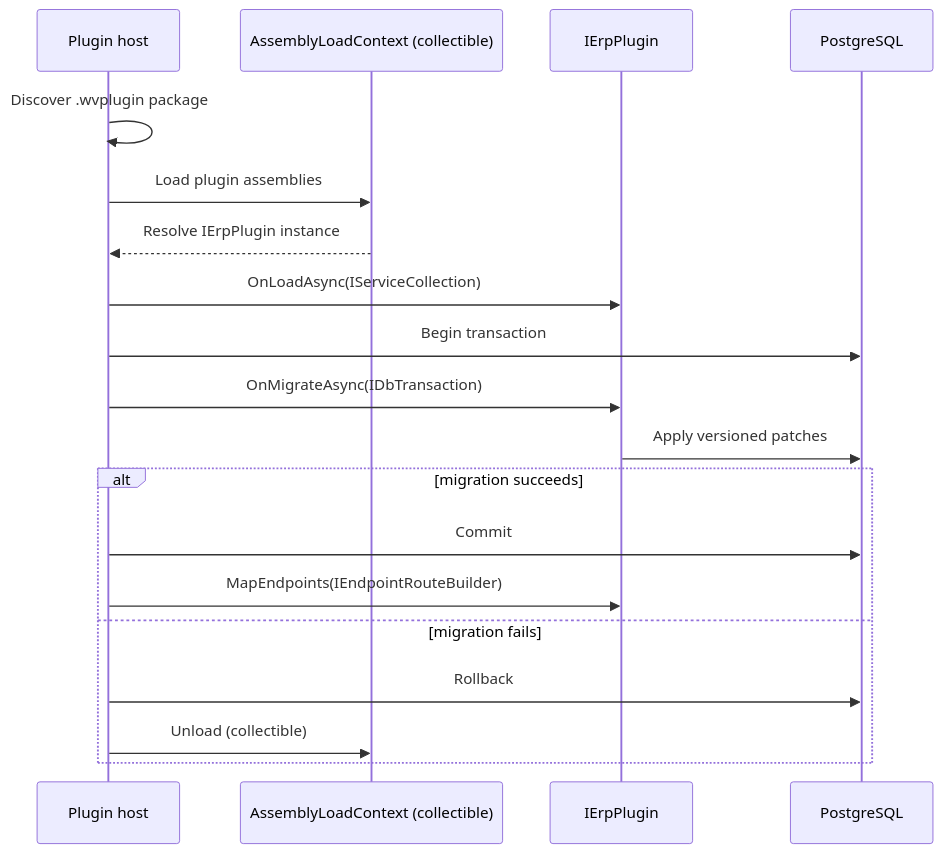
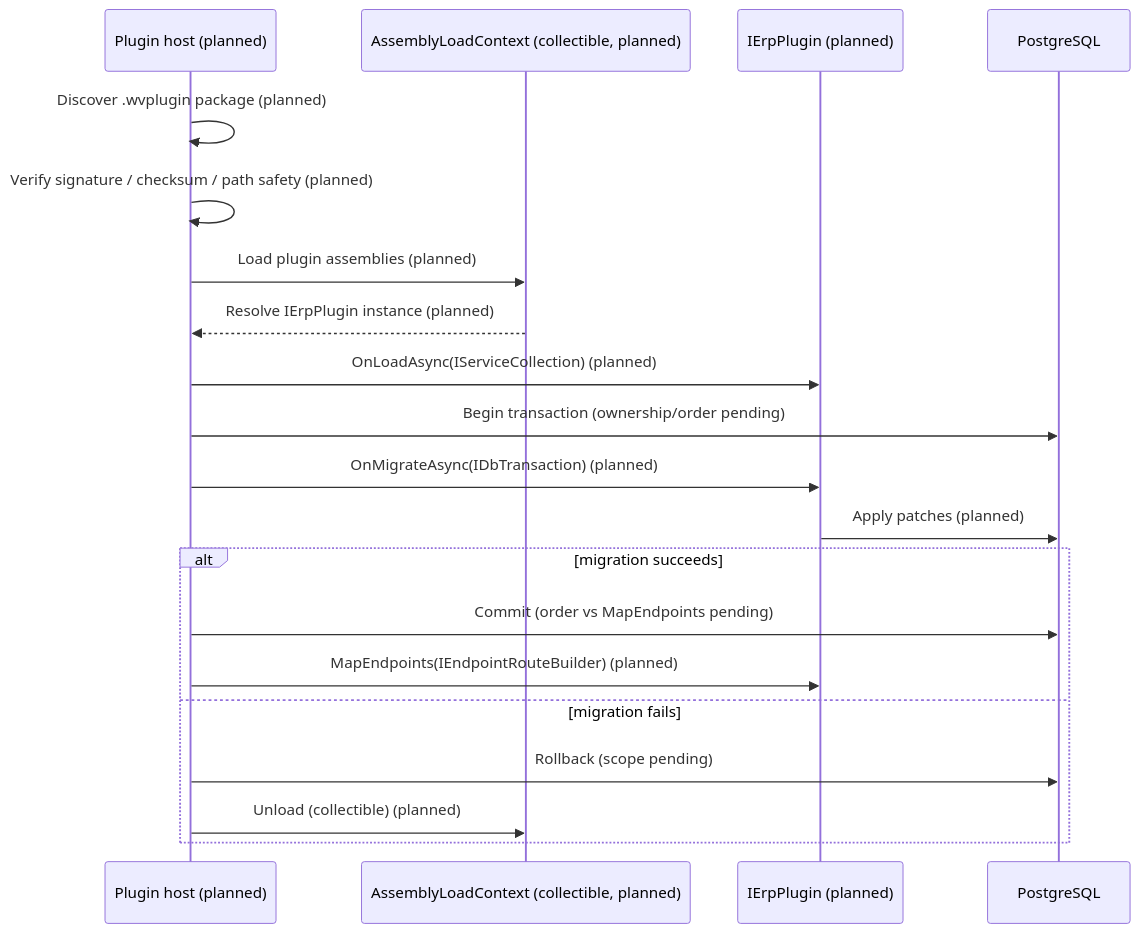
Before and after one commit to Blitzy-Sandbox/blitzy-WebVella-ERP: the diagram in docs/architecture/plugin-host.md, drawn with Mermaid. The commit also changed other lines of this file and 38 other files, not shown here.

````diff
--- a/docs/architecture/plugin-host.md
+++ b/docs/architecture/plugin-host.md
@@ -33,21 +87,22 @@
 ```mermaid
 sequenceDiagram
-    participant Host as Plugin host
-    participant ALC as AssemblyLoadContext (collectible)
-    participant Plugin as IErpPlugin
+    participant Host as Plugin host (planned)
+    participant ALC as AssemblyLoadContext (collectible, planned)
+    participant Plugin as IErpPlugin (planned)
     participant DB as PostgreSQL
-    Host->>Host: Discover .wvplugin package
-    Host->>ALC: Load plugin assemblies
-    ALC-->>Host: Resolve IErpPlugin instance
-    Host->>Plugin: OnLoadAsync(IServiceCollection)
-    Host->>DB: Begin transaction
-    Host->>Plugin: OnMigrateAsync(IDbTransaction)
-    Plugin->>DB: Apply versioned patches
+    Host->>Host: Discover .wvplugin package (planned)
+    Host->>Host: Verify signature / checksum / path safety (planned)
+    Host->>ALC: Load plugin assemblies (planned)
+    ALC-->>Host: Resolve IErpPlugin instance (planned)
+    Host->>Plugin: OnLoadAsync(IServiceCollection) (planned)
+    Host->>DB: Begin transaction (ownership/order pending)
+    Host->>Plugin: OnMigrateAsync(IDbTransaction) (planned)
+    Plugin->>DB: Apply patches (planned)
     alt migration succeeds
-        Host->>DB: Commit
-        Host->>Plugin: MapEndpoints(IEndpointRouteBuilder)
+        Host->>DB: Commit (order vs MapEndpoints pending)
+        Host->>Plugin: MapEndpoints(IEndpointRouteBuilder) (planned)
     else migration fails
-        Host->>DB: Rollback
-        Host->>ALC: Unload (collectible)
+        Host->>DB: Rollback (scope pending)
+        Host->>ALC: Unload (collectible) (planned)
     end
 ```
````
